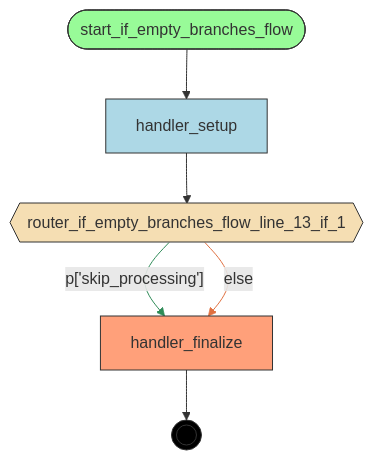
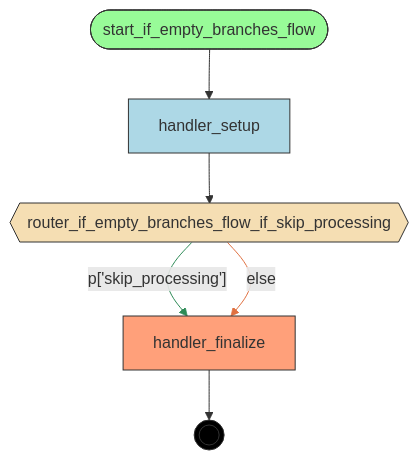
Before and after one commit to deliveryhero/asya: the diagram in examples/flows/compiled/if_all_empty_branches/flow.mmd, drawn with Mermaid. The commit also changed 1078 other files, not shown here.

First line of the commit message:
feat(compiler): semantic router naming — AST-based instead of line-number-based [tos9]

```diff
--- a/examples/flows/compiled/if_all_empty_branches/flow.mmd
+++ b/examples/flows/compiled/if_all_empty_branches/flow.mmd
@@ -1,27 +1,27 @@
 flowchart TD
     %% Flow: if_empty_branches_flow
 
     handler_finalize[handler_finalize]
     handler_setup[handler_setup]
-    router_if_empty_branches_flow_line_13_if_1{{router_if_empty_branches_flow_line_13_if_1}}
+    router_if_empty_branches_flow_if_skip_processing{{router_if_empty_branches_flow_if_skip_processing}}
     start_if_empty_branches_flow([start_if_empty_branches_flow])
     __end__((( )))
 
     start_if_empty_branches_flow --> handler_setup
-    handler_setup --> router_if_empty_branches_flow_line_13_if_1
-    router_if_empty_branches_flow_line_13_if_1 -->|"p['skip_processing']"| handler_finalize
-    router_if_empty_branches_flow_line_13_if_1 -->|"else"| handler_finalize
+    handler_setup --> router_if_empty_branches_flow_if_skip_processing
+    router_if_empty_branches_flow_if_skip_processing -->|"p['skip_processing']"| handler_finalize
+    router_if_empty_branches_flow_if_skip_processing -->|"else"| handler_finalize
     handler_finalize --> __end__
 
     classDef start fill:#98FB98,stroke:#333
     classDef endnode fill:#FFA07A,stroke:#333
     classDef router fill:#F5DEB3,stroke:#333
     classDef handler fill:#ADD8E6,stroke:#333
     classDef endpoint fill:#000,stroke:#333,color:#fff
     class start_if_empty_branches_flow start
     class handler_finalize endnode
-    class router_if_empty_branches_flow_line_13_if_1 router
+    class router_if_empty_branches_flow_if_skip_processing router
     class handler_setup handler
     class __end__ endpoint
     linkStyle 2 stroke:#2E8B57
     linkStyle 3 stroke:#E07040
```
